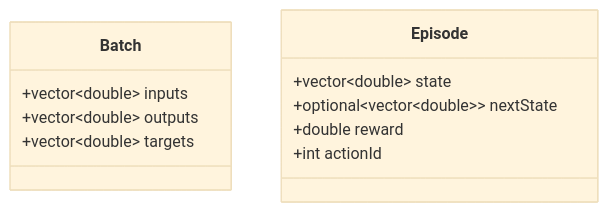
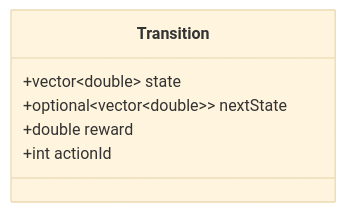
The fourth of 4 diagrams in README.md (alejandrofsevilla/neural-network-notes), drawn with Mermaid (base theme) before and after one commit. The commit also changed other lines of this file, not shown here.

````diff
--- a/README.md
+++ b/README.md
@@ -326,13 +325,8 @@
 ```mermaid
 classDiagram
-class Batch
-Batch: +vector~double~ inputs
-Batch: +vector~double~ outputs
-Batch: +vector~double~ targets
-
-class Episode
-Episode: +vector~double~ state
-Episode: +optional~vector~double~~ nextState
-Episode: +double reward
-Episode: +int actionId
+class Transition
+Transition: +vector~double~ state
+Transition: +optional~vector~double~~ nextState
+Transition: +double reward
+Transition: +int actionId
 ```
````
